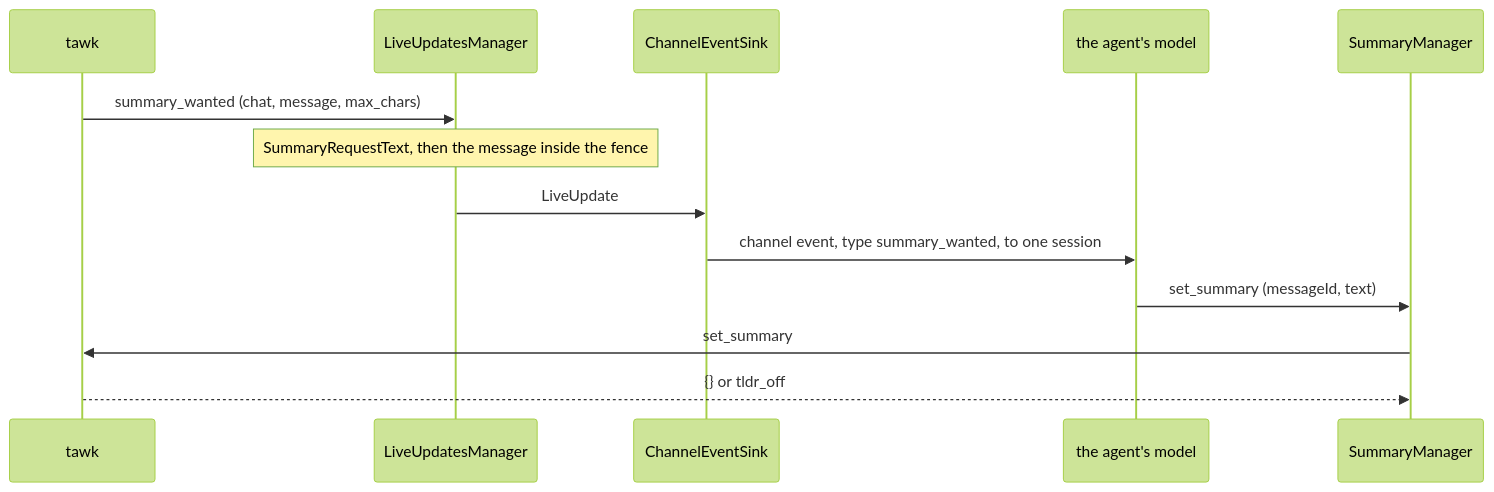
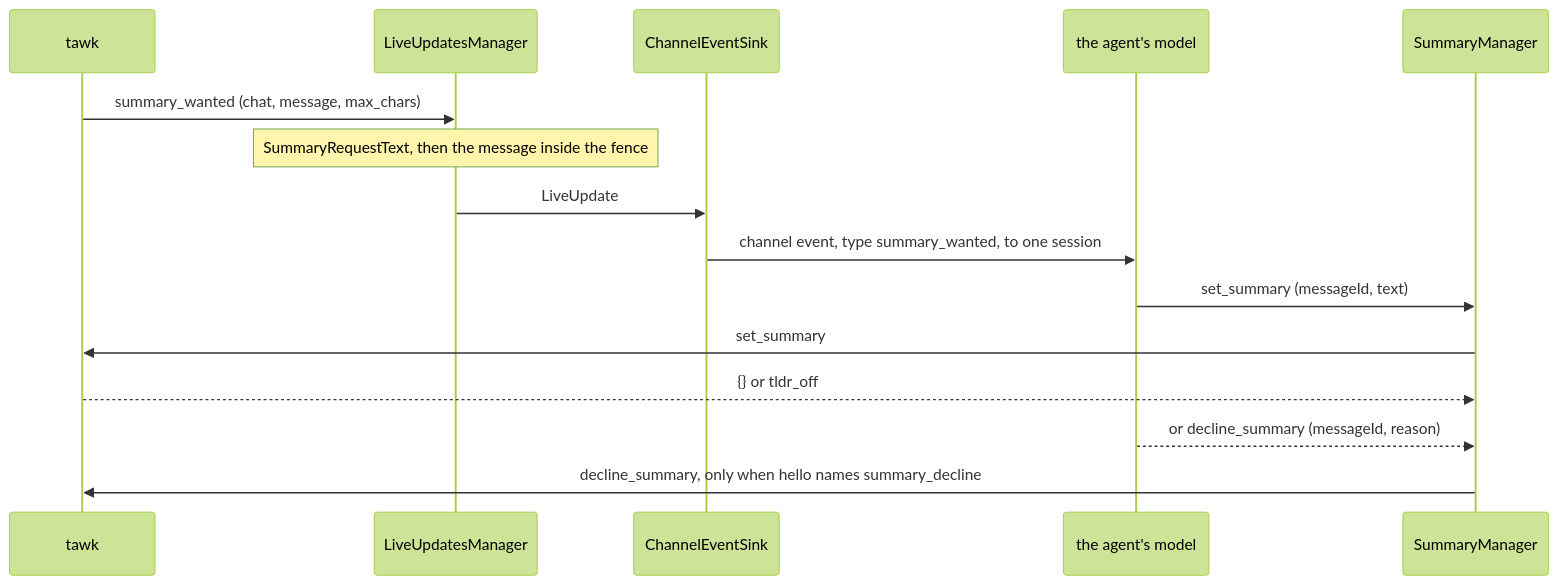
Before and after one commit to loganventer/Corvus.Mcp.Server.Tawk: the ninth of 14 diagrams in HOW_IT_WORKS.md, drawn with Mermaid (forest theme). The commit also changed other lines of this file and 1 other file, not shown here.

Commit message:
Show decline_summary in the summary sequence and the security table (#31)

````diff
--- a/HOW_IT_WORKS.md
+++ b/HOW_IT_WORKS.md
@@ -271,15 +271,17 @@
 ```mermaid
 sequenceDiagram
     participant T as tawk
     participant L as LiveUpdatesManager
     participant C as ChannelEventSink
     participant A as the agent's model
     participant M as SummaryManager
     T->>L: summary_wanted (chat, message, max_chars)
     Note over L: SummaryRequestText, then the message inside the fence
     L->>C: LiveUpdate
     C->>A: channel event, type summary_wanted, to one session
     A->>M: set_summary (messageId, text)
     M->>T: set_summary
     T-->>M: {} or tldr_off
+    A-->>M: or decline_summary (messageId, reason)
+    M->>T: decline_summary, only when hello names summary_decline
 ```
````
